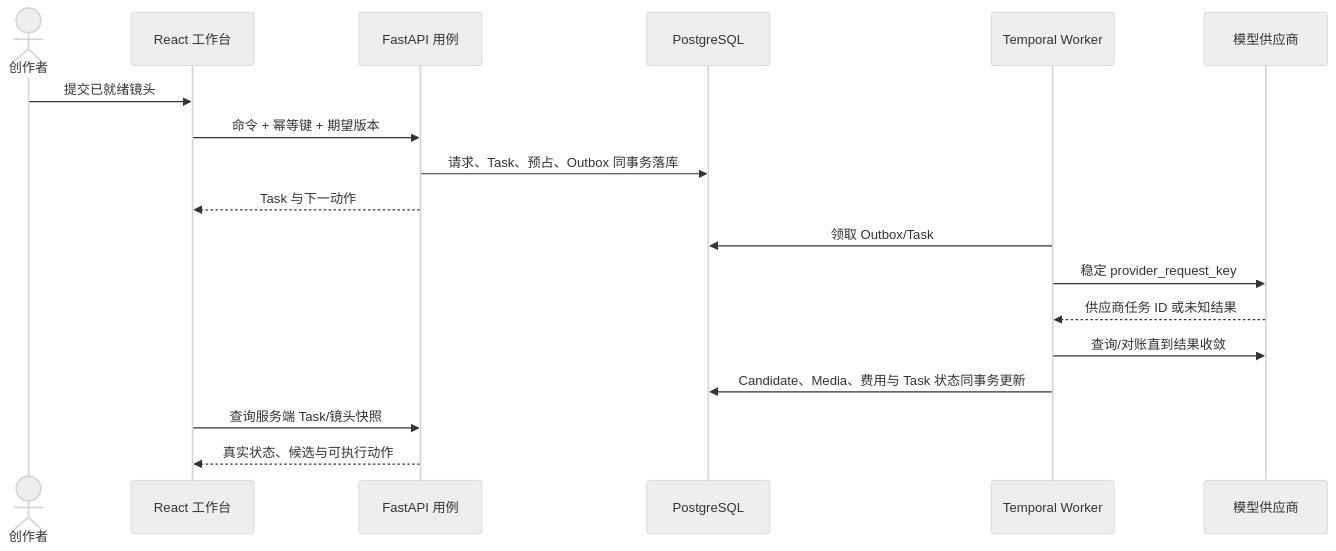
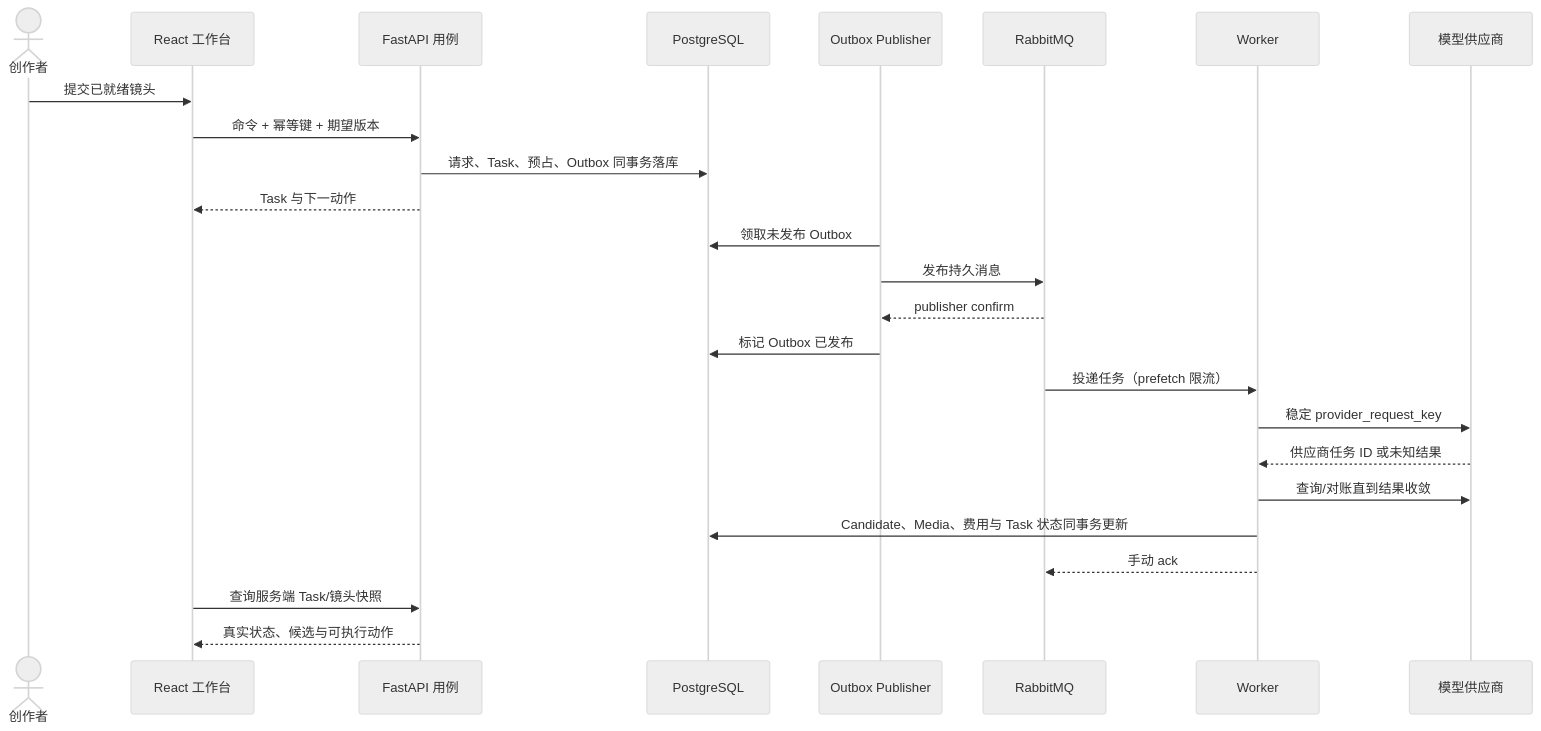
One commit to StephenQiu30/lanverse changed the diagram in docs/design/003-业务闭环与模块协作设计.md. Above: the diagram before and after it, drawn with Mermaid (neutral theme). The commit also changed other lines of this file and 1 other file, not shown here.

Commit message:
docs: 使用 RabbitMQ 简化任务架构
Summary:
- 删除 Alembic、迁移目录和迁移验证要求
- 使用 RabbitMQ 与 aio-pika 分发异步任务
- 移除 Temporal 并同步 Outbox 和 Worker 时序

Rationale:
- 当前没有存量数据迁移需求，也不需要维护两套任务调度体系

Tests:
- ruby 设计文档行数、代码围栏和内部链接校验（通过）
- 迁移与 Temporal 残留扫描、git diff --check（通过）

````diff
--- a/docs/design/003-业务闭环与模块协作设计.md
+++ b/docs/design/003-业务闭环与模块协作设计.md
@@ -87,20 +87,27 @@
 ```mermaid
 sequenceDiagram
     actor U as 创作者
     participant F as React 工作台
     participant A as FastAPI 用例
     participant D as PostgreSQL
-    participant W as Temporal Worker
+    participant O as Outbox Publisher
+    participant Q as RabbitMQ
+    participant W as Worker
     participant P as 模型供应商
     U->>F: 提交已就绪镜头
     F->>A: 命令 + 幂等键 + 期望版本
     A->>D: 请求、Task、预占、Outbox 同事务落库
     A-->>F: Task 与下一动作
-    W->>D: 领取 Outbox/Task
+    O->>D: 领取未发布 Outbox
+    O->>Q: 发布持久消息
+    Q-->>O: publisher confirm
+    O->>D: 标记 Outbox 已发布
+    Q->>W: 投递任务（prefetch 限流）
     W->>P: 稳定 provider_request_key
     P-->>W: 供应商任务 ID 或未知结果
     W->>P: 查询/对账直到结果收敛
     W->>D: Candidate、Media、费用与 Task 状态同事务更新
+    W-->>Q: 手动 ack
     F->>A: 查询服务端 Task/镜头快照
     A-->>F: 真实状态、候选与可执行动作
 ```
````
